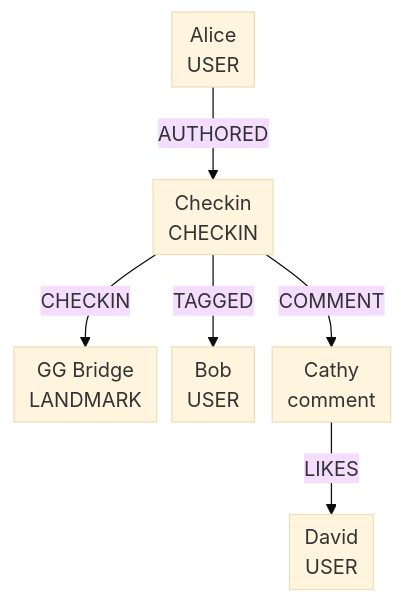
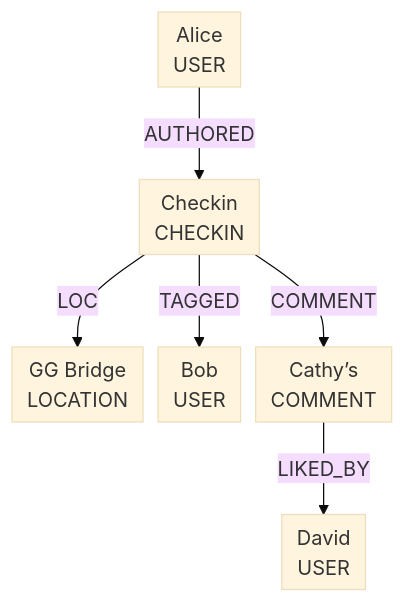
The first of 2 diagrams in src/content/blog/tao-facebooks-social-graph-store.md (mimi146/blog), drawn with Mermaid (base theme) before and after one commit. The commit also changed other lines of this file, not shown here.

````diff
--- a/src/content/blog/tao-facebooks-social-graph-store.md
+++ b/src/content/blog/tao-facebooks-social-graph-store.md
@@ -34,11 +34,11 @@
 ```mermaid
 %%{init: {"flowchart": {"nodeSpacing": 12, "padding": 6, "diagramPadding": 4}}}%%
 flowchart TB
     accTitle: Checkin as objects and associations
-    accDescr: Alice authors a checkin object linked to the Golden Gate Bridge landmark. The checkin tags Bob and has a comment from Cathy that David likes. Nodes are typed objects; edges are typed associations.
+    accDescr: Alice authored a checkin object. The checkin has a LOC association to the Golden Gate Bridge, a LOCATION object, a TAGGED association to Bob, and a COMMENT association to Cathy's comment. The comment has a LIKED_BY association to David. Nodes are typed objects; edges are typed associations.
     Alice["Alice<br/>USER"] -->|"AUTHORED"| Checkin["Checkin<br/>CHECKIN"]
-    Checkin -->|"CHECKIN"| Bridge["GG Bridge<br/>LANDMARK"]
+    Checkin -->|"LOC"| Bridge["GG Bridge<br/>LOCATION"]
     Checkin -->|"TAGGED"| Bob["Bob<br/>USER"]
-    Checkin -->|"COMMENT"| Comment["Cathy<br/>comment"]
-    Comment -->|"LIKES"| David["David<br/>USER"]
+    Checkin -->|"COMMENT"| Comment["Cathy’s<br/>COMMENT"]
+    Comment -->|"LIKED_BY"| David["David<br/>USER"]
 ```
````
